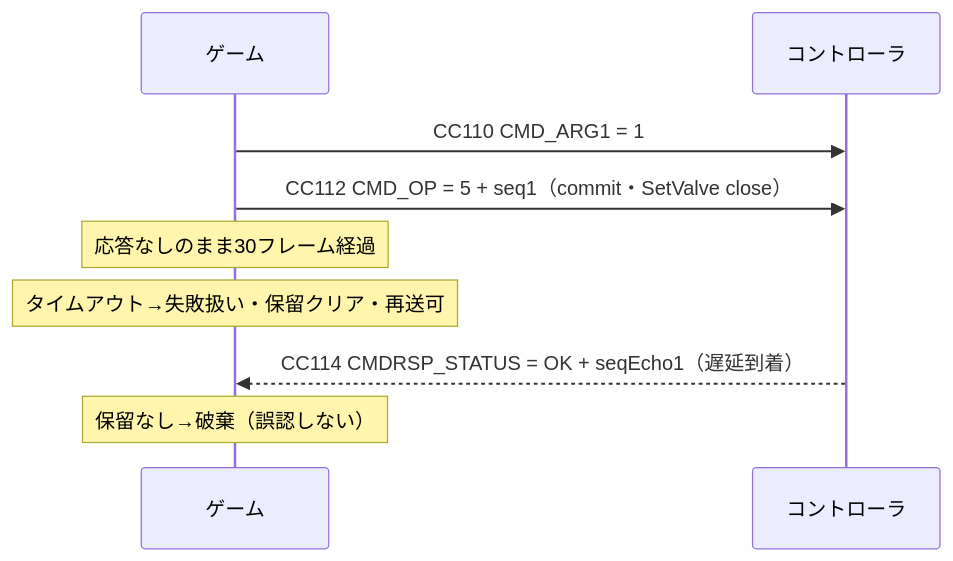
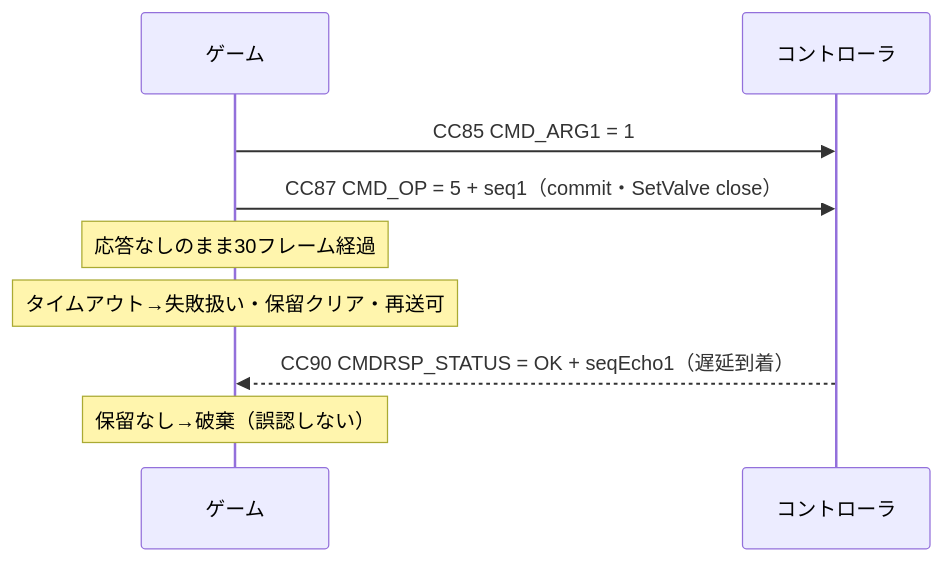
One commit to sanlike0911/pyMidiSimulator changed the fourth of 4 diagrams in docs/specs/midi-mapping.md. Above: the diagram before and after it, drawn with Mermaid. The commit also changed other lines of this file, not shown here.

````diff
--- a/docs/specs/midi-mapping.md
+++ b/docs/specs/midi-mapping.md
@@ -314,11 +310,11 @@
 ```mermaid
 sequenceDiagram
     participant G as ゲーム
     participant C as コントローラ
-    G->>C: CC110 CMD_ARG1 = 1
-    G->>C: CC112 CMD_OP = 5 + seq1（commit・SetValve close）
+    G->>C: CC85 CMD_ARG1 = 1
+    G->>C: CC87 CMD_OP = 5 + seq1（commit・SetValve close）
     Note over G: 応答なしのまま30フレーム経過
     Note over G: タイムアウト→失敗扱い・保留クリア・再送可
-    C-->>G: CC114 CMDRSP_STATUS = OK + seqEcho1（遅延到着）
+    C-->>G: CC90 CMDRSP_STATUS = OK + seqEcho1（遅延到着）
     Note over G: 保留なし→破棄（誤認しない）
 ```
````
